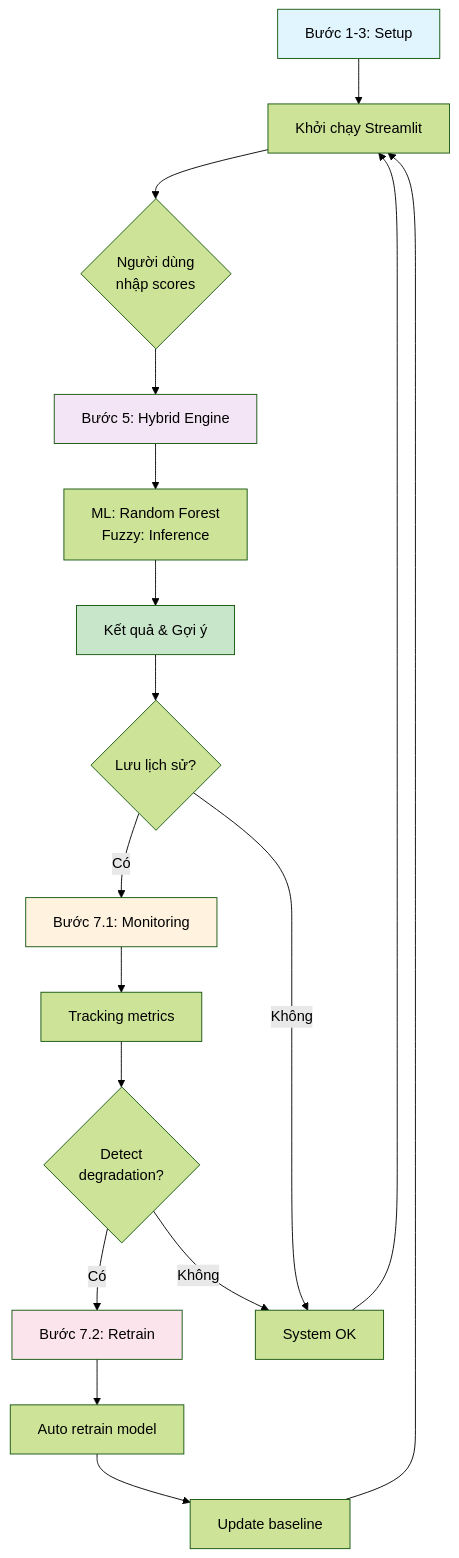
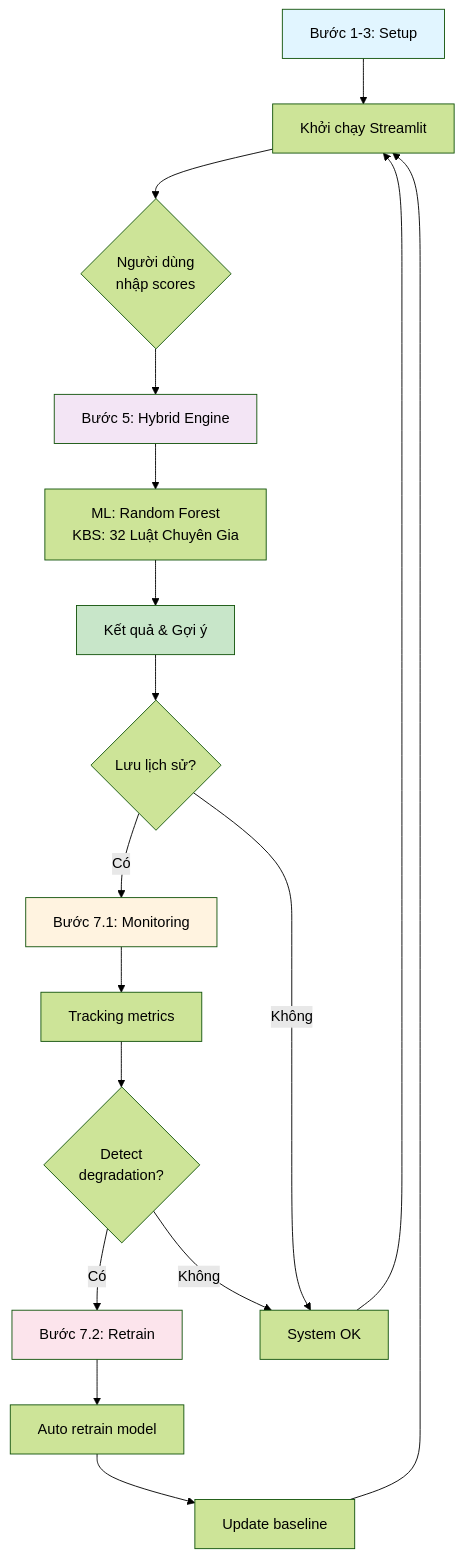
Before and after one commit to hoang23028-lgtm/Hybrid-Suggest-Career-System: the diagram in README.md, drawn with Mermaid (forest theme). The commit also changed other lines of this file and 24 other files, not shown here.

````diff
--- a/README.md
+++ b/README.md
@@ -685,26 +887,26 @@
 ```mermaid
 graph TD
     A["Bước 1-3: Setup"] --> B["Khởi chạy Streamlit"]
     B --> C{"Người dùng<br/>nhập scores"}
     C --> D["Bước 5: Hybrid Engine"]
-    D --> E["ML: Random Forest<br/>Fuzzy: Inference"]
+    D --> E["ML: Random Forest<br/>KBS: 32 Luật Chuyên Gia"]
     E --> F["Kết quả & Gợi ý"]
     F --> G{"Lưu lịch sử?"}
     G -->|Có| H["Bước 7.1: Monitoring"]
     H --> I["Tracking metrics"]
     I --> J{"Detect<br/>degradation?"}
     J -->|Có| K["Bước 7.2: Retrain"]
     K --> L["Auto retrain model"]
     L --> M["Update baseline"]
     J -->|Không| N["System OK"]
     G -->|Không| N
     
     M --> B
     N --> B
     
     style A fill:#e1f5ff
     style D fill:#f3e5f5
     style H fill:#fff3e0
     style K fill:#fce4ec
     style F fill:#c8e6c9
 ```
````
